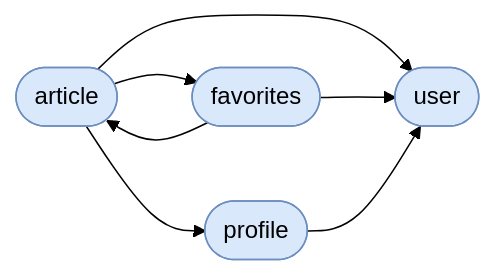
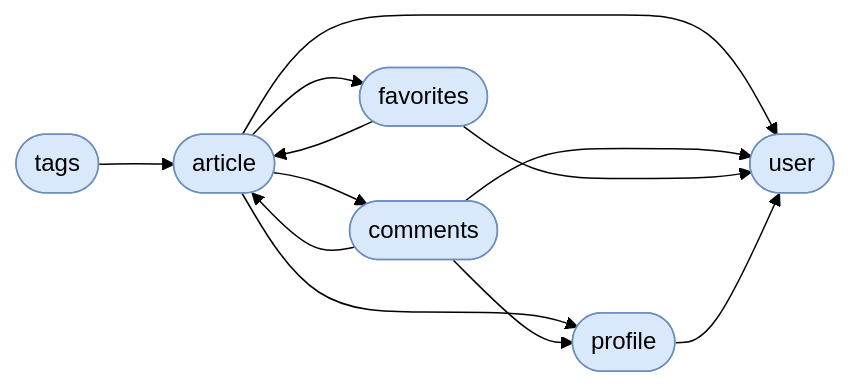
One commit to dearrudam/sdd4j-realworld-api changed the diagram in README.md. Above: the diagram before and after it, drawn with Mermaid (forest theme). The commit also changed other lines of this file, not shown here.

Commit message:
docs(readme): document comments and tags capabilities
Generated with [Devin](https://devin.ai)

````diff
--- a/README.md
+++ b/README.md
@@ -16,16 +18,23 @@
 ```mermaid
 graph LR
     article([article])
+    comments([comments])
     favorites([favorites])
     profile([profile])
+    tags([tags])
     user([user])
+    article --> comments
     article --> favorites
     article --> profile
     article --> user
+    comments --> article
+    comments --> profile
+    comments --> user
     favorites --> article
     favorites --> user
     profile --> user
+    tags --> article
 
     classDef bc fill:#dae8fc,stroke:#6c8ebf,color:#000
-    class article,favorites,profile,user bc
+    class article,comments,favorites,profile,tags,user bc
 ```
````
